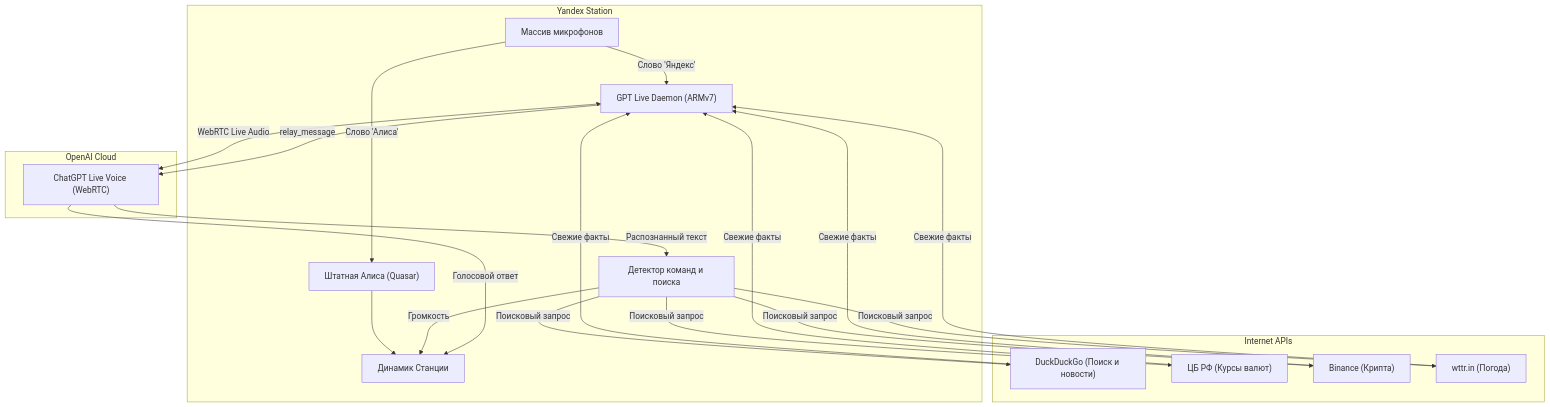
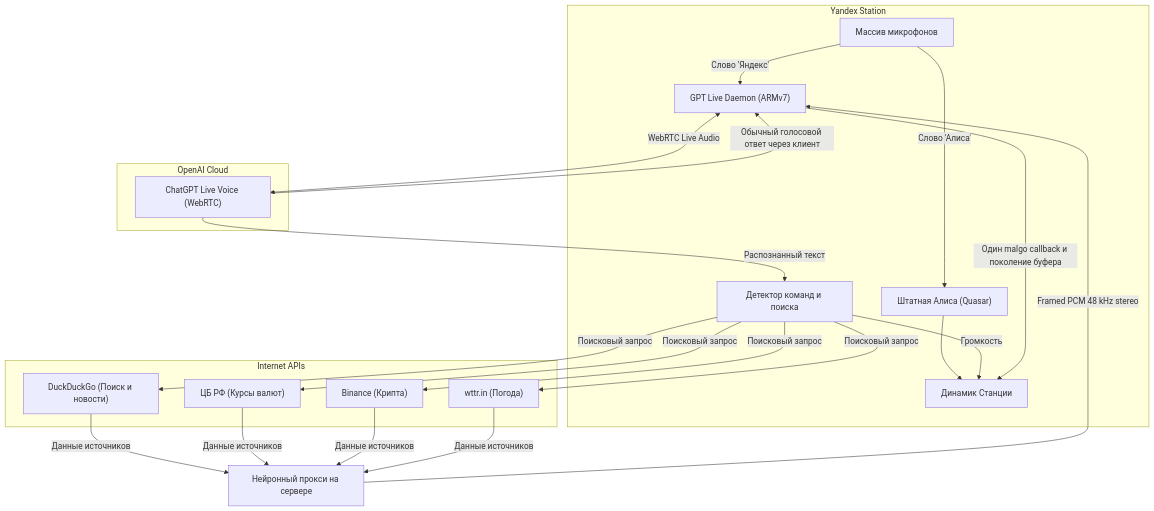
The diagram in README.md (HazloNazlo/yandex-station-chatgpt-voice), drawn with Mermaid before and after one commit. The commit also changed other lines of this file and 40 other files, not shown here.

````diff
--- a/README.md
+++ b/README.md
@@ -47,32 +50,33 @@
 ```mermaid
 flowchart TD
     subgraph Yandex Station
         MIC["Массив микрофонов"]
         SPK["Динамик Станции"]
         ALICE["Штатная Алиса (Quasar)"]
         CLIENT["GPT Live Daemon (ARMv7)"]
         INTERCEPTOR["Детектор команд и поиска"]
     end
 
     subgraph Internet APIs
         DDG["DuckDuckGo (Поиск и новости)"]
         CBR["ЦБ РФ (Курсы валют)"]
         BINANCE["Binance (Крипта)"]
         WTTR["wttr.in (Погода)"]
     end
 
     subgraph OpenAI Cloud
         GPT["ChatGPT Live Voice (WebRTC)"]
     end
 
     MIC -->|Слово 'Алиса'| ALICE --> SPK
     MIC -->|Слово 'Яндекс'| CLIENT
     CLIENT <-->|WebRTC Live Audio| GPT
     GPT -->|Распознанный текст| INTERCEPTOR
 
     INTERCEPTOR -->|Громкость| SPK
     INTERCEPTOR -->|Поисковый запрос| DDG & CBR & BINANCE & WTTR
-    DDG & CBR & BINANCE & WTTR -->|Свежие факты| CLIENT
-    CLIENT -->|relay_message| GPT
-    GPT -->|Голосовой ответ| SPK
+    DDG & CBR & BINANCE & WTTR -->|Данные источников| TTS[Нейронный прокси на сервере]
+    TTS -->|Framed PCM 48 kHz stereo| CLIENT
+    CLIENT -->|Один malgo callback и поколение буфера| SPK
+    GPT -->|Обычный голосовой ответ через клиент| CLIENT
 ```
````
